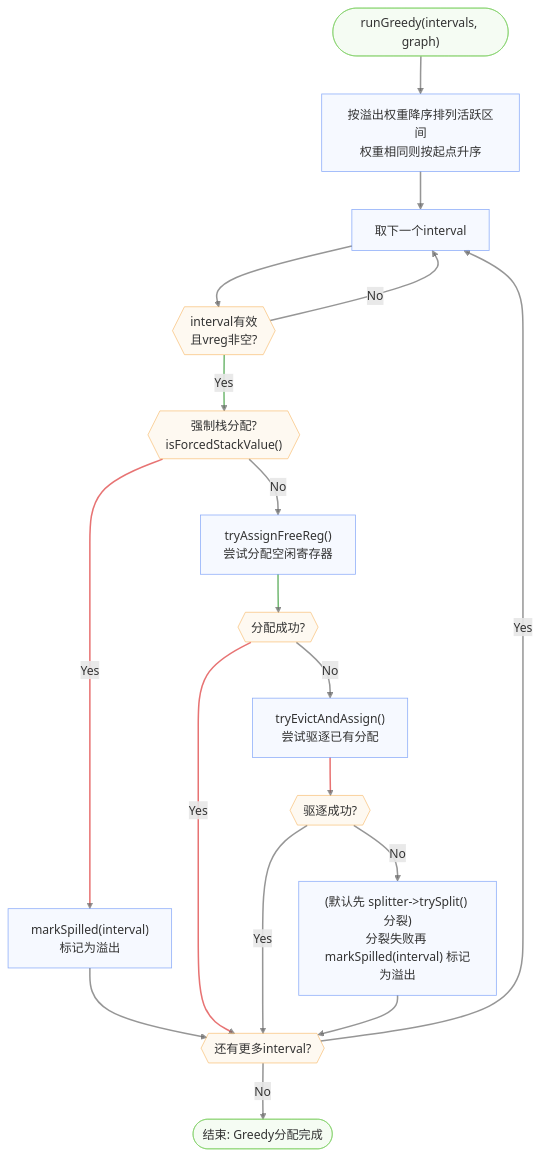
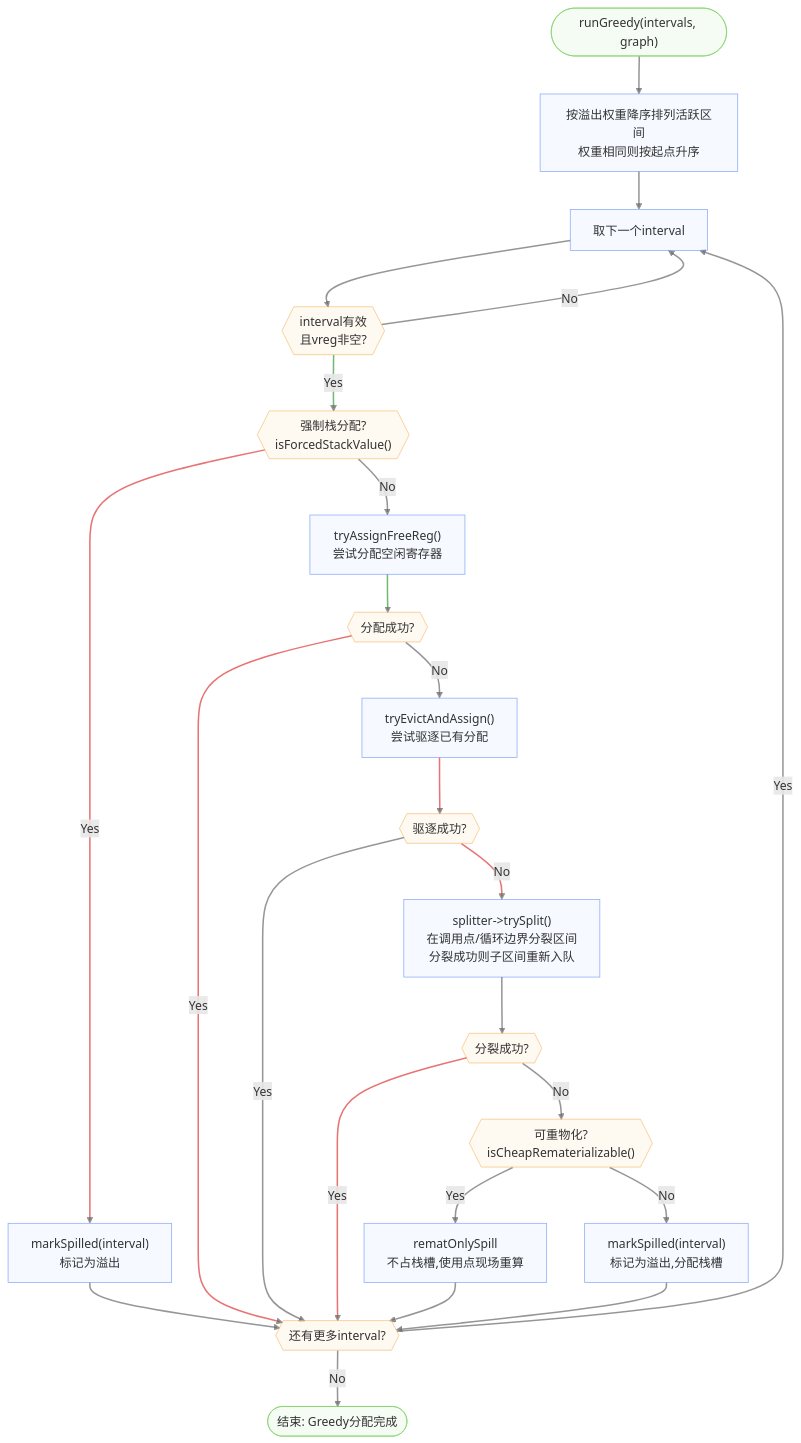
Before and after one commit to LLLLLLLLazy/compiler-lite: the fifth of 7 diagrams in docs/backend-regalloc.md, drawn with Mermaid. The commit also changed other lines of this file and 6 other files, not shown here.

````diff
--- a/docs/backend-regalloc.md
+++ b/docs/backend-regalloc.md
@@ -126,39 +131,45 @@
 ```mermaid
 flowchart TD
     Start(["runGreedy(intervals, graph)"]) --> Sort["按溢出权重降序排列活跃区间<br>权重相同则按起点升序"]
     Sort --> NextIter["取下一个interval"]
     NextIter --> ValidCheck{{"interval有效<br>且vreg非空?"}}
     ValidCheck -- "No" --> NextIter
     ValidCheck -- "Yes" --> ForcedCheck{{"强制栈分配?<br>isForcedStackValue()"}}
 
     ForcedCheck -- "Yes" --> Spill["markSpilled(interval)<br>标记为溢出"]
     Spill --> MoreCheck
 
     ForcedCheck -- "No" --> TryFree["tryAssignFreeReg()<br>尝试分配空闲寄存器"]
     TryFree --> FreeOk{{"分配成功?"}}
 
     FreeOk -- "Yes" --> MoreCheck{{"还有更多interval?"}}
     FreeOk -- "No" --> TryEvict["tryEvictAndAssign()<br>尝试驱逐已有分配"]
     TryEvict --> EvictOk{{"驱逐成功?"}}
 
     EvictOk -- "Yes" --> MoreCheck
-    EvictOk -- "No" --> Spill2["(默认先 splitter->trySplit() 分裂)<br>分裂失败再 markSpilled(interval) 标记为溢出"]
+    EvictOk -- "No" --> TrySplit["splitter->trySplit()<br>在调用点/循环边界分裂区间<br>分裂成功则子区间重新入队"]
+    TrySplit --> SplitOk{{"分裂成功?"}}
+    SplitOk -- "Yes" --> MoreCheck
+    SplitOk -- "No" --> RematCheck{{"可重物化?<br>isCheapRematerializable()"}}
+    RematCheck -- "Yes" --> RematSpill["rematOnlySpill<br>不占栈槽,使用点现场重算"]
+    RematCheck -- "No" --> Spill2["markSpilled(interval)<br>标记为溢出,分配栈槽"]
+    RematSpill --> MoreCheck
     Spill2 --> MoreCheck
 
     MoreCheck -- "Yes" --> NextIter
     MoreCheck -- "No" --> End(["结束: Greedy分配完成"])
 
     %%Node styles
     classDef default fill:#E2EAFE4F,stroke:#5A88F6AF
     classDef endNode fill:#DDF4D84F,stroke:#7DCF62AF
     classDef decisionNode fill:#FCEBD34f,stroke:#F6AA4BAF
 
     %%Link styles
     linkStyle default stroke:#666666AF,stroke-width:2px
     linkStyle 4,8 stroke:#339933AF,stroke-width:2px
-    linkStyle 5,9,11 stroke:#DD3333AF,stroke-width:2px
+    linkStyle 5,9,11,13,15 stroke:#DD3333AF,stroke-width:2px
 
     %%Node classes
     class Start,End endNode
-    class ValidCheck,ForcedCheck,FreeOk,EvictOk,MoreCheck decisionNode
+    class ValidCheck,ForcedCheck,FreeOk,EvictOk,SplitOk,RematCheck,MoreCheck decisionNode
 ```
````
